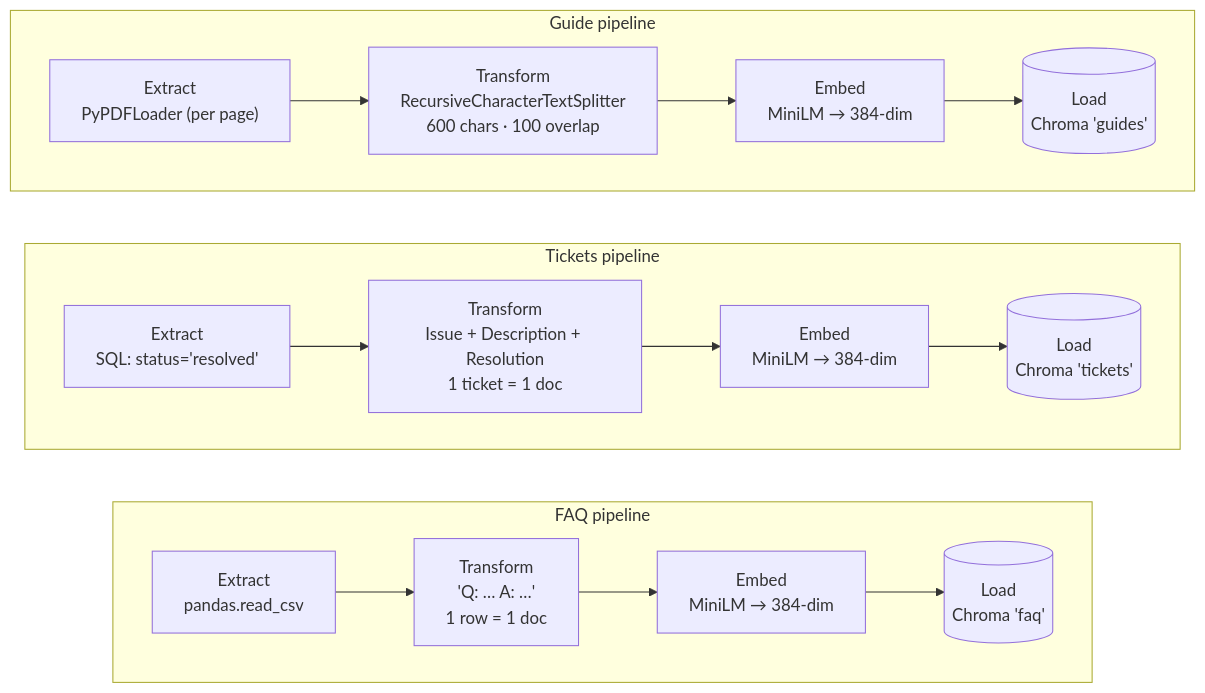
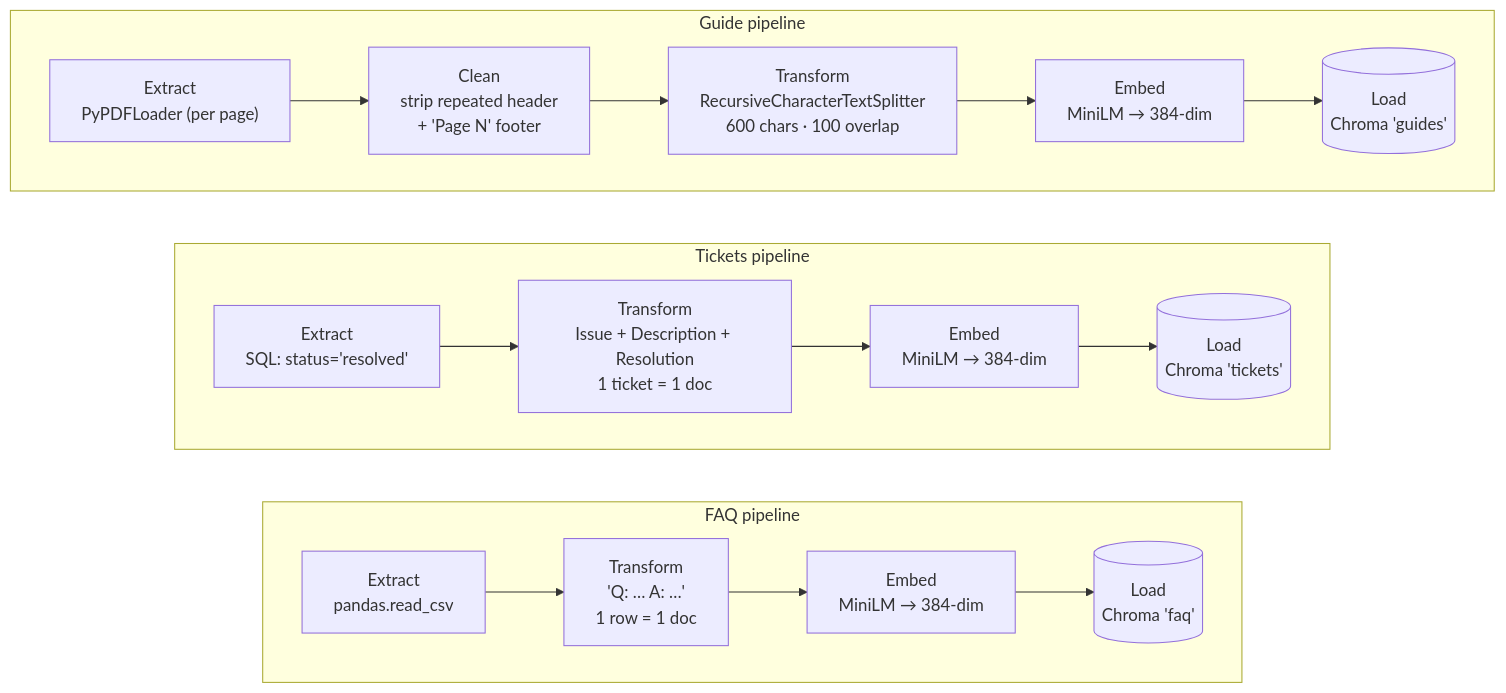
The third of 7 diagrams in architecture.md (pavan-dharimireddy/RAG_Telecom_chat_bot), drawn with Mermaid before and after one commit. The commit also changed other lines of this file and 9 other files, not shown here.

````diff
--- a/architecture.md
+++ b/architecture.md
@@ -107,15 +112,15 @@
 ```mermaid
 flowchart LR
     subgraph FAQ["FAQ pipeline"]
         direction LR
         A1["Extract<br/>pandas.read_csv"] --> A2["Transform<br/>'Q: … A: …'<br/>1 row = 1 doc"] --> A3["Embed<br/>MiniLM → 384-dim"] --> A4[("Load<br/>Chroma 'faq'")]
     end
     subgraph TK["Tickets pipeline"]
         direction LR
         B1["Extract<br/>SQL: status='resolved'"] --> B2["Transform<br/>Issue + Description + Resolution<br/>1 ticket = 1 doc"] --> B3["Embed<br/>MiniLM → 384-dim"] --> B4[("Load<br/>Chroma 'tickets'")]
     end
     subgraph GD["Guide pipeline"]
         direction LR
-        C1["Extract<br/>PyPDFLoader (per page)"] --> C2["Transform<br/>RecursiveCharacterTextSplitter<br/>600 chars · 100 overlap"] --> C3["Embed<br/>MiniLM → 384-dim"] --> C4[("Load<br/>Chroma 'guides'")]
+        C1["Extract<br/>PyPDFLoader (per page)"] --> C1b["Clean<br/>strip repeated header<br/>+ 'Page N' footer"] --> C2["Transform<br/>RecursiveCharacterTextSplitter<br/>600 chars · 100 overlap"] --> C3["Embed<br/>MiniLM → 384-dim"] --> C4[("Load<br/>Chroma 'guides'")]
     end
 ```
````
